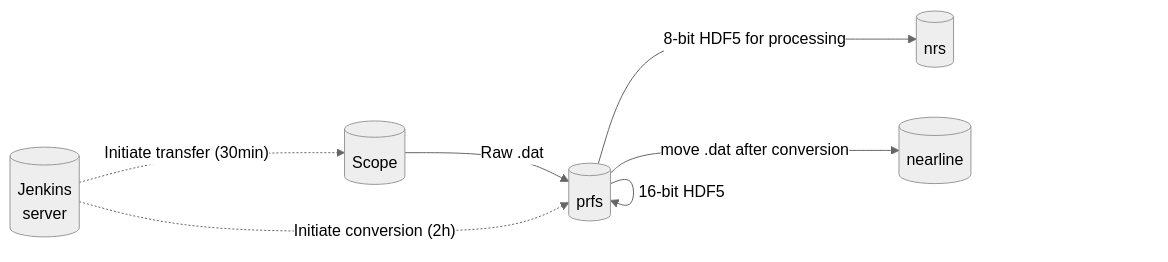
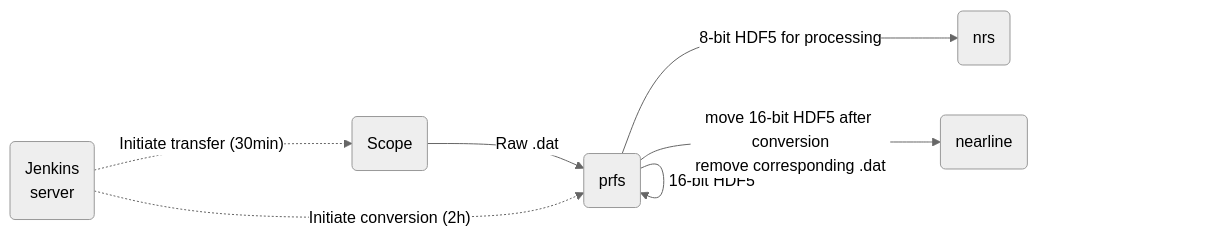
One commit to JaneliaSciComp/EM_recon_pipeline changed the second of 2 diagrams in doc/cellmap/steps/1_transfer.md. Above: the diagram before and after it, drawn with Mermaid (neutral theme). The commit also changed other lines of this file, not shown here.

Commit message:
Update transfer doc on @trautmane's feedback

````diff
--- a/doc/cellmap/steps/1_transfer.md
+++ b/doc/cellmap/steps/1_transfer.md
@@ -30,14 +30,14 @@
 ```mermaid
 flowchart LR
-    jenkins[(Jenkins<br>server)]
-    scope[(Scope)]
-    prfs[(prfs)]
-    nrs[(nrs)]
-    nearline[(nearline)]
+    jenkins(Jenkins<br>server)
+    scope(Scope)
+    prfs(prfs)
+    nrs(nrs)
+    nearline(nearline)
     jenkins-.->|"Initiate transfer (30min)"|scope
     scope-->|Raw .dat|prfs
     jenkins-.->|"Initiate conversion (2h)"|prfs
     prfs--->|16-bit HDF5|prfs
     prfs--->|8-bit HDF5 for processing|nrs
-    prfs--->|move .dat after conversion|nearline
+    prfs--->|move 16-bit HDF5 after conversion<br>remove corresponding .dat|nearline
 ```
````
